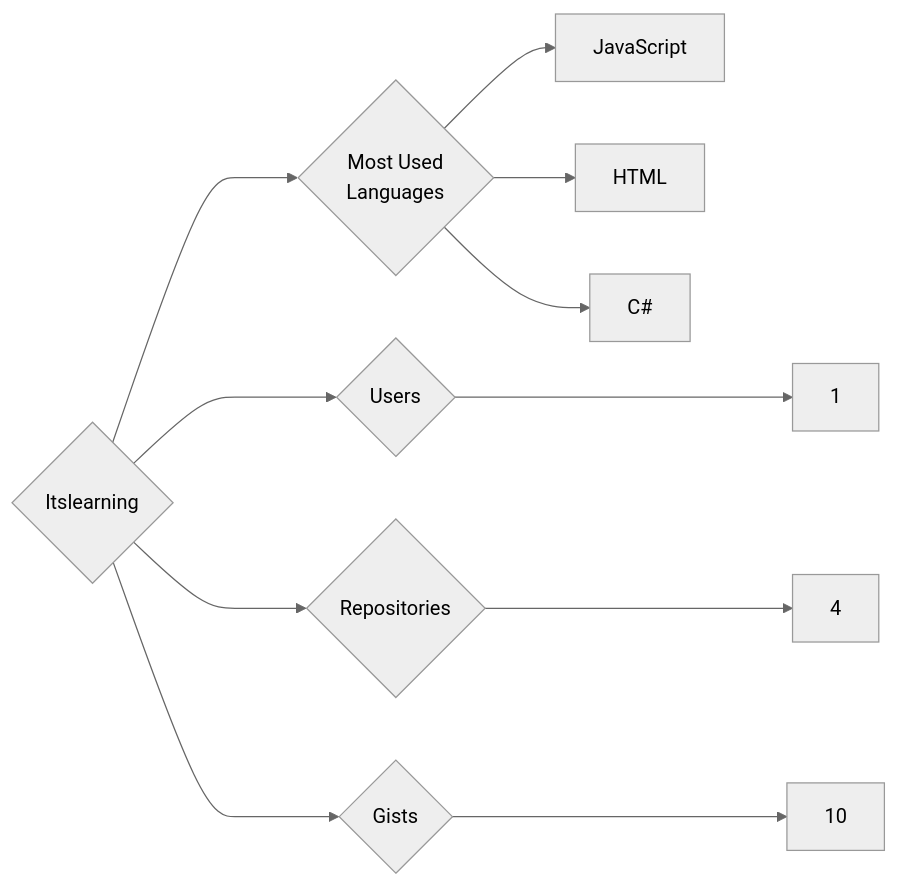
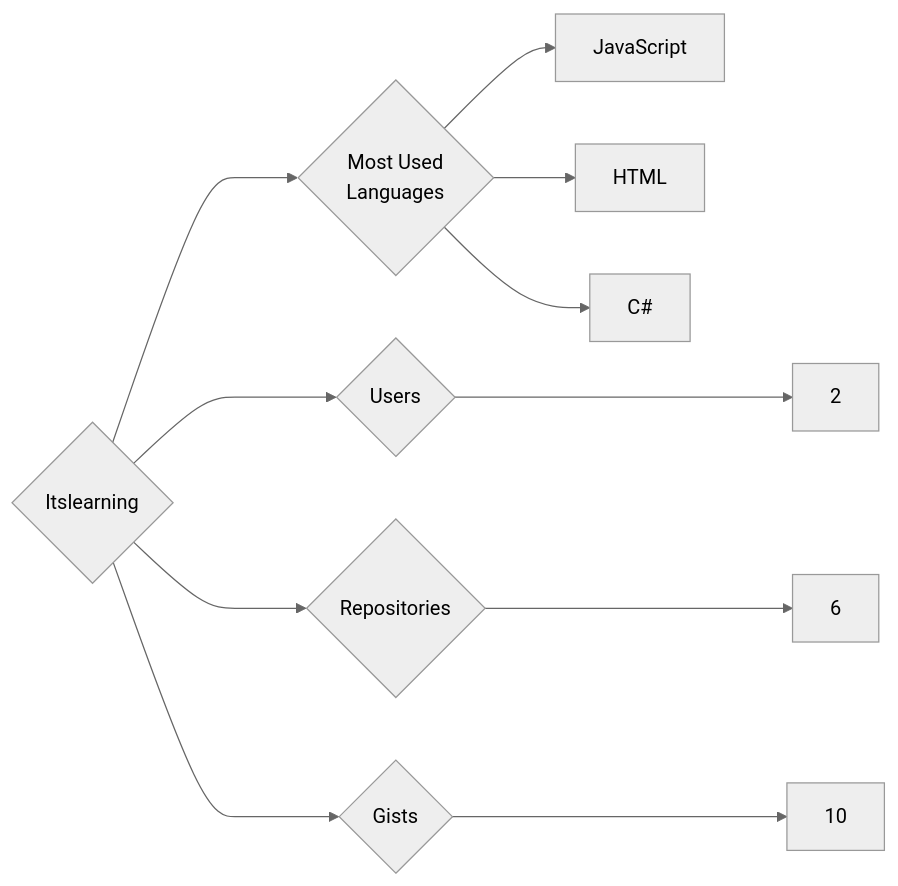
Before and after one commit to trickest/insiders: the diagram in targets/Itslearning/README.md, drawn with Mermaid (neutral theme). The commit also changed 693 other files, not shown here.

````diff
--- a/targets/Itslearning/README.md
+++ b/targets/Itslearning/README.md
@@ -3,11 +3,11 @@
 ```mermaid
 graph LR
 COMPANY_NAME{Itslearning}
-COMPANY_NAME ---> U{Users} ---> UN[1]
-COMPANY_NAME ---> R{Repositories} ---> RN[4]
+COMPANY_NAME ---> U{Users} ---> UN[2]
+COMPANY_NAME ---> R{Repositories} ---> RN[6]
 COMPANY_NAME ---> G{Gists} ---> GN[10]
 COMPANY_NAME ---> ML{Most Used<br>Languages}
 ML --> JavaScript[JavaScript]
 ML --> HTML[HTML]
 ML --> C#[C#]
 ```
````
